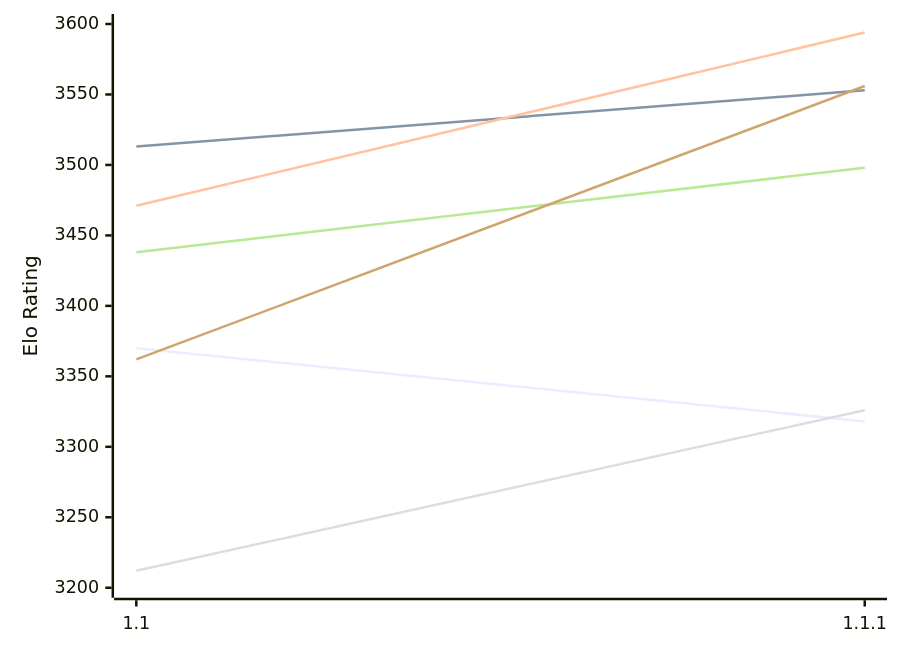
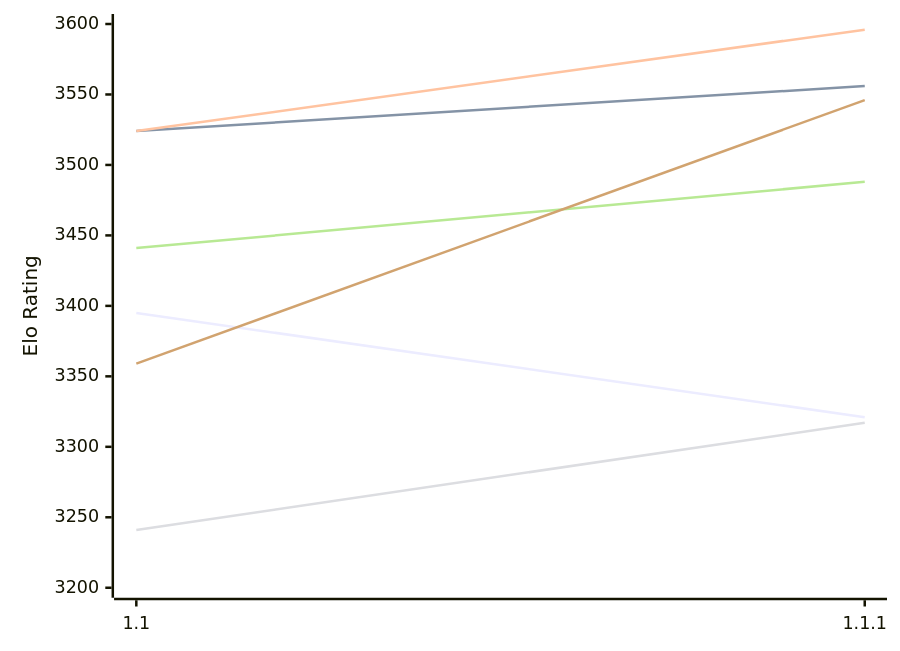
One commit to computer-chess-index/cci changed the first of 2 diagrams in engines/Icarus.md. Above: the diagram before and after it, drawn with Mermaid. The commit also changed other lines of this file, not shown here.

Commit message:
Update CCI Ratings (ELO VLTC) - 2026-11-15

````diff
--- a/engines/Icarus.md
+++ b/engines/Icarus.md
@@ -51,12 +51,12 @@
 ```mermaid
 %%{init: {"theme":"base","themeVariables":{"seriesColors:['#a3a3a3','#222221','#faa371']}}}%%
 xychart-beta
   x-axis ["1.1", "1.1.1"]
   y-axis "Elo Rating" 3200 --> 3600
-  line "E1: STC (8.0+0.08s)" [3370, 3318]
-  line "E1: LTC (60.0+0.60s)" [3513, 3553]
-  line "E1: VLTC (2m24s+1.12s)" [3471, 3594]
-  line "P1: STC (8.0+0.08s)" [3212, 3326]
-  line "P1: LTC (60.0+0.60s)" [3438, 3498]
-  line "P1: VLTC (2m24s+1.12s)" [3362, 3556]
+  line "E1: STC (8.0+0.08s)" [3395, 3321]
+  line "E1: LTC (60.0+0.60s)" [3524, 3556]
+  line "E1: VLTC (2m24s+1.12s)" [3524, 3596]
+  line "P1: STC (8.0+0.08s)" [3241, 3317]
+  line "P1: LTC (60.0+0.60s)" [3441, 3488]
+  line "P1: VLTC (2m24s+1.12s)" [3359, 3546]
 ```
````
